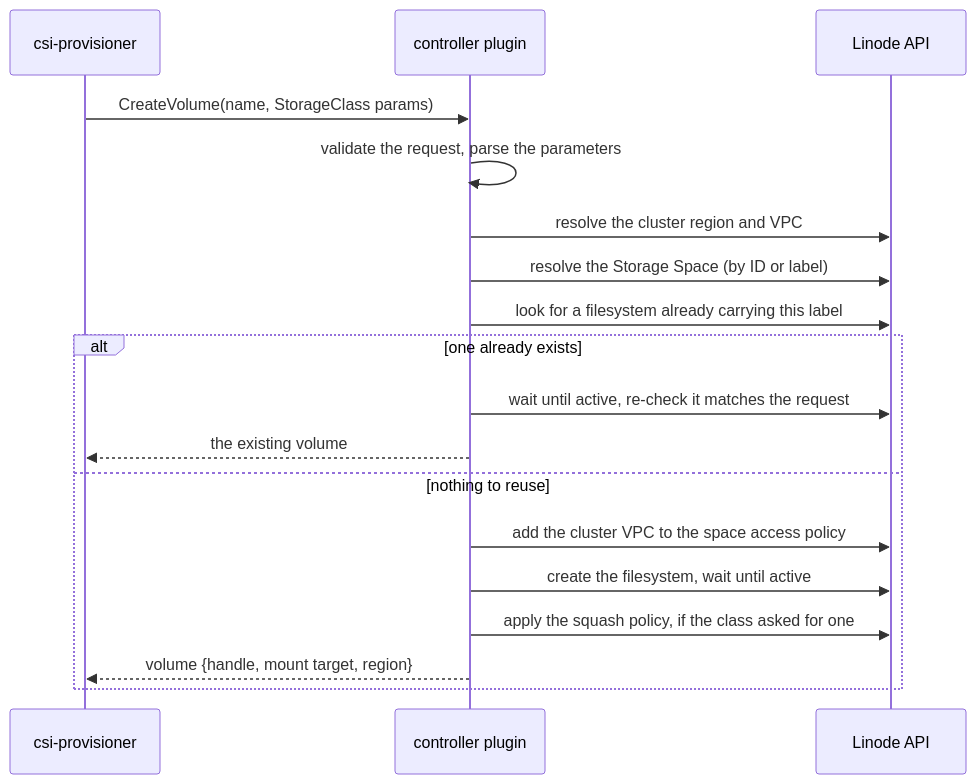
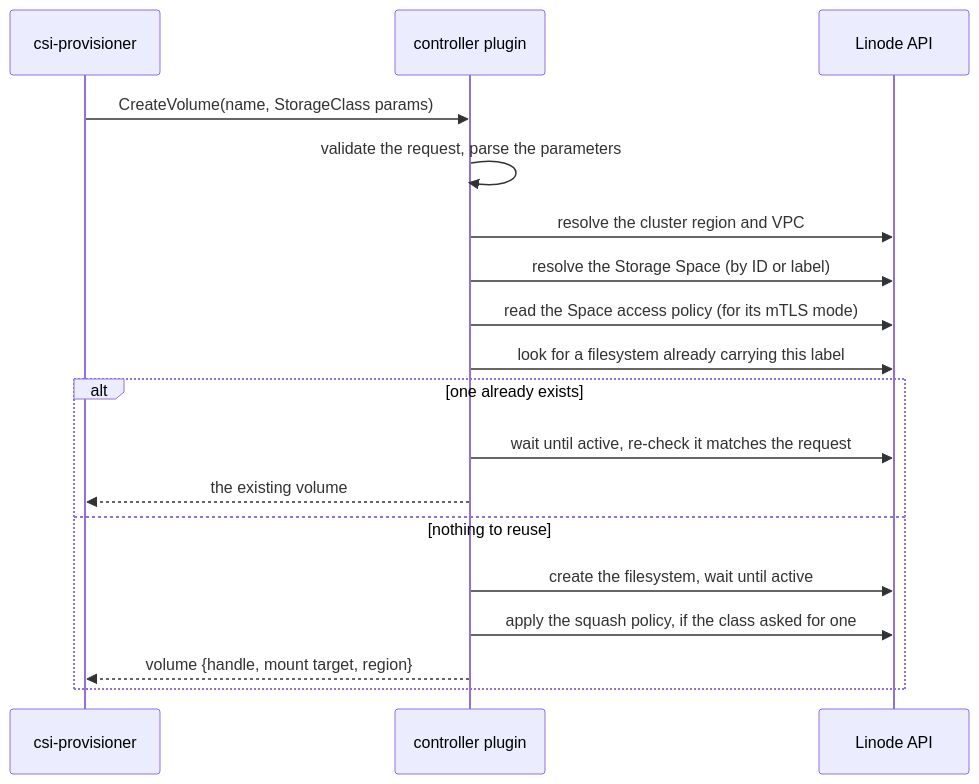
Before and after one commit to linode/linode-filestorage-csi-driver: the first of 3 diagrams in docs/architecture.md, drawn with Mermaid. The commit also changed other lines of this file and 14 other files, not shown here.

First line of the commit message:
[refactor] Refactor Space Access Policy Management (#92)

````diff
--- a/docs/architecture.md
+++ b/docs/architecture.md
@@ -201,20 +201,20 @@
 ```mermaid
 sequenceDiagram
     participant P as csi-provisioner
     participant C as controller plugin
     participant L as Linode API
     P->>C: CreateVolume(name, StorageClass params)
     C->>C: validate the request, parse the parameters
     C->>L: resolve the cluster region and VPC
     C->>L: resolve the Storage Space (by ID or label)
+    C->>L: read the Space access policy (for its mTLS mode)
     C->>L: look for a filesystem already carrying this label
     alt one already exists
         C->>L: wait until active, re-check it matches the request
         C-->>P: the existing volume
     else nothing to reuse
-        C->>L: add the cluster VPC to the space access policy
         C->>L: create the filesystem, wait until active
         C->>L: apply the squash policy, if the class asked for one
         C-->>P: volume {handle, mount target, region}
     end
 ```
````
